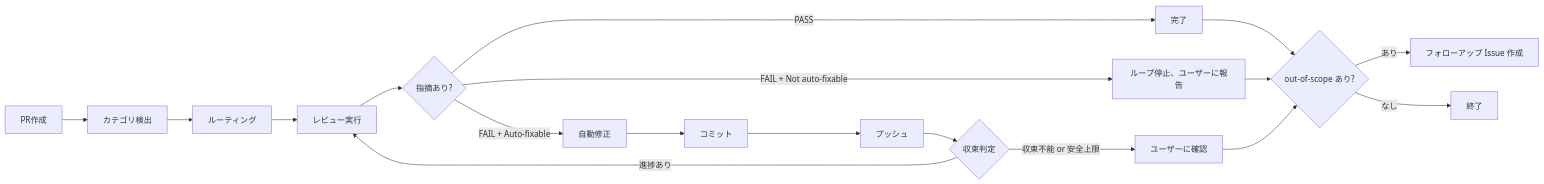
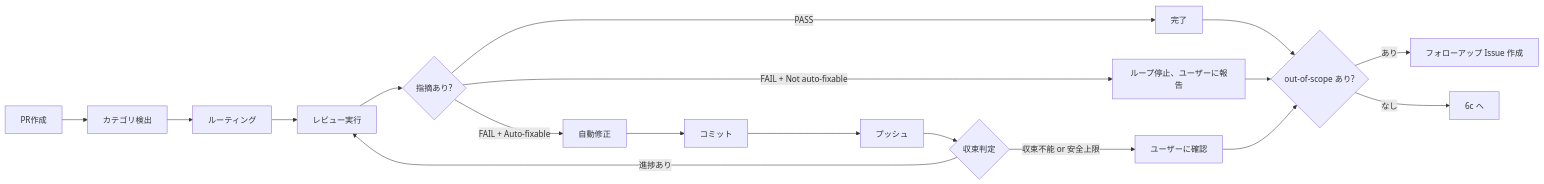
One commit to ShirokumaLibrary/shirokuma-docs changed the diagram in plugin/shirokuma-skills-ja/skills/creating-pr-on-issue/SKILL.md. Above: the diagram before and after it, drawn with Mermaid. The commit also changed other lines of this file and 64 other files, not shown here.

````diff
--- a/plugin/shirokuma-skills-ja/skills/creating-pr-on-issue/SKILL.md
+++ b/plugin/shirokuma-skills-ja/skills/creating-pr-on-issue/SKILL.md
@@ -100,13 +100,13 @@
 ```mermaid
 graph LR
   A[PR作成] --> B[カテゴリ検出] --> C[ルーティング] --> D[レビュー実行] --> E{指摘あり?}
   E -->|FAIL + Auto-fixable| F[自動修正] --> G[コミット] --> H[プッシュ] --> I{収束判定}
   I -->|進捗あり| D
   I -->|収束不能 or 安全上限| K[ユーザーに確認]
   E -->|FAIL + Not auto-fixable| J[ループ停止、ユーザーに報告]
   E -->|PASS| L[完了] --> M{out-of-scope あり?}
   M -->|あり| N[フォローアップ Issue 作成]
-  M -->|なし| O[終了]
+  M -->|なし| O[6c へ]
   J --> M
   K --> M
 ```
````
